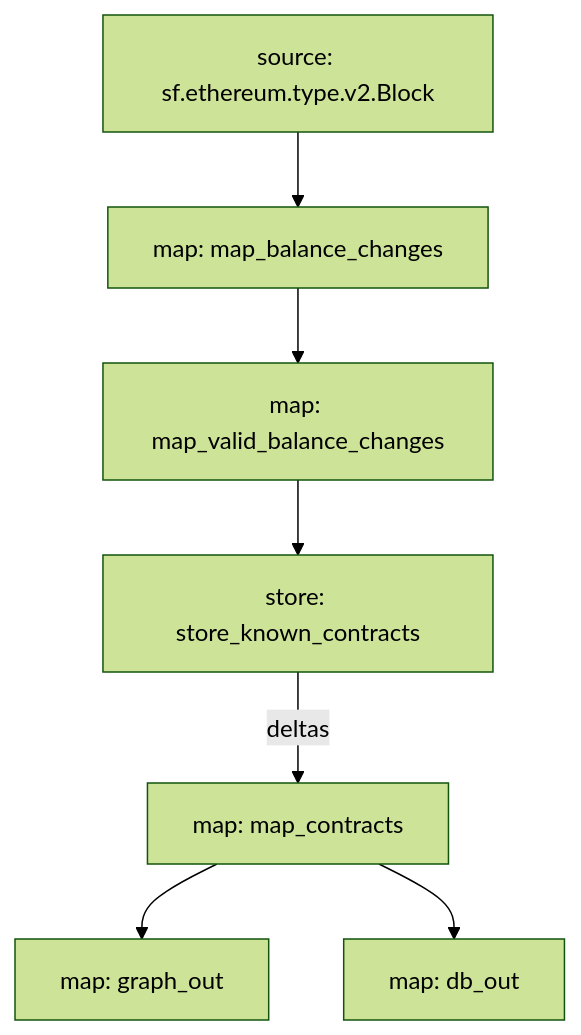
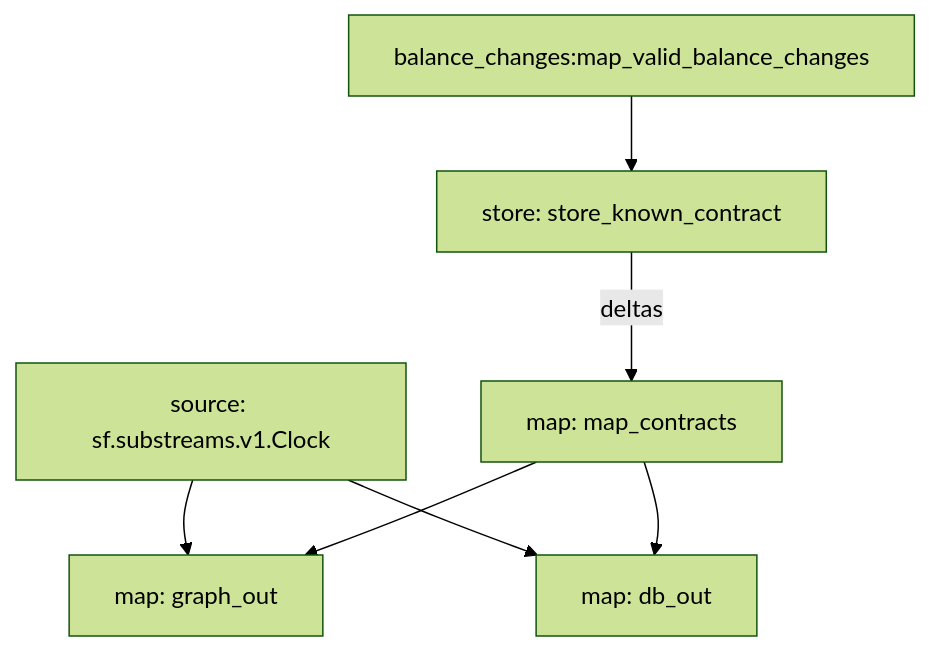
The diagram in README.md (pinax-network/substreams-erc20-contracts), drawn with Mermaid (forest theme) before and after one commit. The commit also changed other lines of this file and 2 other files, not shown here.

Commit message:
add substreams-sink-sql support

````diff
--- a/README.md
+++ b/README.md
@@ -57,15 +59,13 @@
 ```mermaid
 graph TD;
-  map_balance_changes[map: map_balance_changes];
-  sf.ethereum.type.v2.Block[source: sf.ethereum.type.v2.Block] --> map_balance_changes;
-  map_valid_balance_changes[map: map_valid_balance_changes];
-  map_balance_changes --> map_valid_balance_changes;
-  store_known_contracts[store: store_known_contracts];
-  map_valid_balance_changes --> store_known_contracts;
+  store_known_contract[store: store_known_contract];
+  balance_changes:map_valid_balance_changes --> store_known_contract;
   map_contracts[map: map_contracts];
-  store_known_contracts -- deltas --> map_contracts;
+  store_known_contract -- deltas --> map_contracts;
   graph_out[map: graph_out];
+  sf.substreams.v1.Clock[source: sf.substreams.v1.Clock] --> graph_out;
   map_contracts --> graph_out;
   db_out[map: db_out];
+  sf.substreams.v1.Clock[source: sf.substreams.v1.Clock] --> db_out;
   map_contracts --> db_out;
 ```
````
